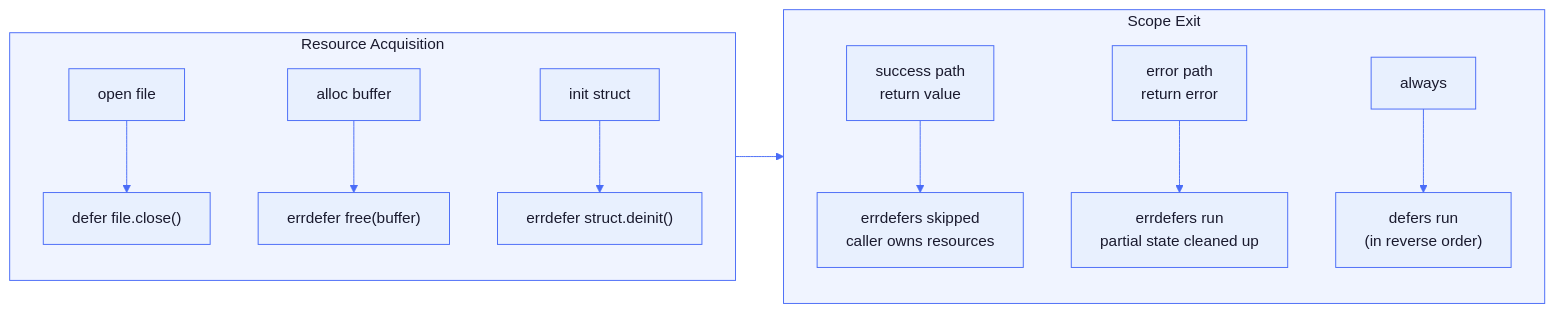
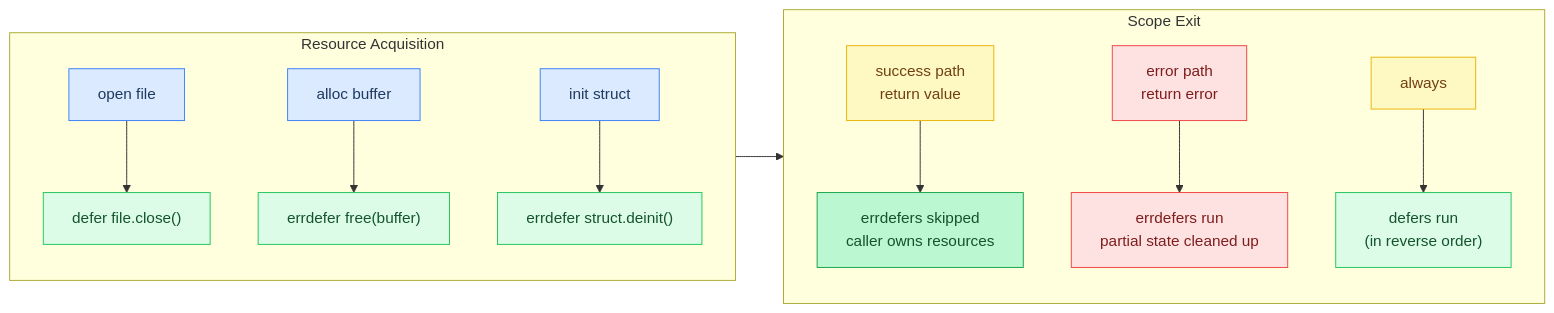
The third of 7 diagrams in docs/tutorial/10-memory-safety.md (maci0/agave), drawn with Mermaid before and after one commit. The commit also changed other lines of this file and 24 other files, not shown here.

First line of the commit message:
docs: convert all mermaid diagrams to classDef semantic colors

````diff
--- a/docs/tutorial/10-memory-safety.md
+++ b/docs/tutorial/10-memory-safety.md
@@ -131,31 +127,24 @@
 ```mermaid
-%%{init: {'theme': 'base', 'themeVariables': {
-  'primaryColor': '#e8f0fe',
-  'primaryTextColor': '#1a1a2e',
-  'primaryBorderColor': '#4a6cf7',
-  'lineColor': '#4a6cf7',
-  'secondaryColor': '#f0f4ff',
-  'tertiaryColor': '#f8f9ff',
-  'edgeLabelBackground': '#ffffff',
-  'clusterBkg': '#f0f4ff',
-  'clusterBorder': '#4a6cf7',
-  'titleColor': '#1a1a2e',
-  'nodeTextColor': '#1a1a2e',
-  'fontFamily': 'ui-monospace, SFMono-Regular, monospace'
-}}}%%
 flowchart LR
+    classDef setup     fill:#dbeafe,stroke:#3b82f6,color:#1e3a5f
+    classDef sync      fill:#dcfce7,stroke:#22c55e,color:#14532d
+    classDef migration fill:#fef9c3,stroke:#eab308,color:#713f12
+    classDef success   fill:#bbf7d0,stroke:#16a34a,color:#14532d
+    classDef danger    fill:#fee2e2,stroke:#ef4444,color:#7f1d1d
+    classDef optional  fill:#f3e8ff,stroke:#9333ea,color:#581c87
+
     subgraph Acquire["Resource Acquisition"]
-        R1["open file"] --> D1["defer file.close()"]
-        R2["alloc buffer"] --> D2["errdefer free(buffer)"]
-        R3["init struct"] --> D3["errdefer struct.deinit()"]
+        R1["open file"]:::setup --> D1["defer file.close()"]:::sync
+        R2["alloc buffer"]:::setup --> D2["errdefer free(buffer)"]:::sync
+        R3["init struct"]:::setup --> D3["errdefer struct.deinit()"]:::sync
     end
 
     subgraph Exit["Scope Exit"]
         direction TB
-        OK["success path\nreturn value"] --> NE["errdefers skipped\ncaller owns resources"]
-        ERR["error path\nreturn error"] --> ED["errdefers run\npartial state cleaned up"]
-        BOTH["always"] --> DD["defers run\n(in reverse order)"]
+        OK["success path\nreturn value"]:::migration --> NE["errdefers skipped\ncaller owns resources"]:::success
+        ERR["error path\nreturn error"]:::danger --> ED["errdefers run\npartial state cleaned up"]:::danger
+        BOTH["always"]:::migration --> DD["defers run\n(in reverse order)"]:::sync
     end
 
     Acquire --> Exit
 ```
````
